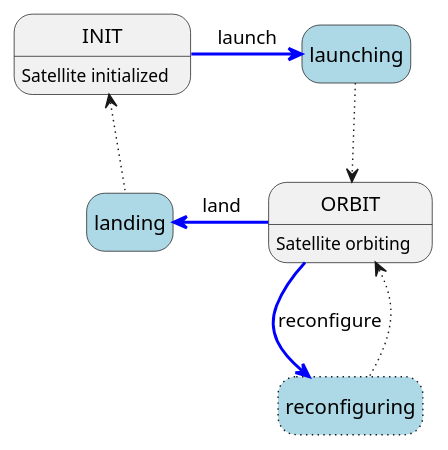
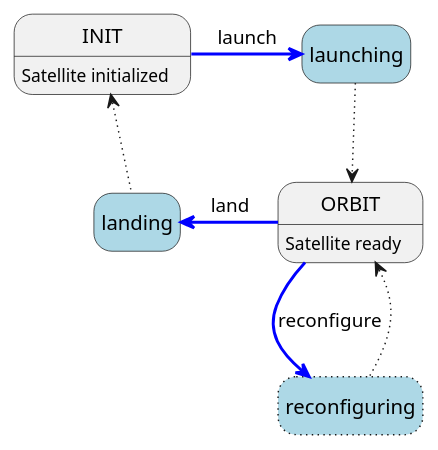
One commit to constellation-daq/Constellation changed the fourth of 4 diagrams in docs/operator_guide/concepts/satellite.md. Above: the diagram before and after it, drawn with PlantUML. The commit also changed other lines of this file and 2 other files, not shown here.

Commit message:
docs: ORBIT description satellite powered -> satellite ready

````diff
--- a/docs/operator_guide/concepts/satellite.md
+++ b/docs/operator_guide/concepts/satellite.md
@@ -192,19 +192,19 @@
 ```plantuml
 @startuml
 hide empty description
 
 State INIT : Satellite initialized
 State launching #lightblue
 State landing #lightblue
-State ORBIT : Satellite orbiting
+State ORBIT : Satellite ready
 State reconfiguring #lightblue##[dotted]
 
 INIT -right[#blue,bold]-> launching : launch
 launching -down[dotted]-> ORBIT
 ORBIT -left[#blue,bold]-> landing : land
 landing -up[dotted]-> INIT
 
 ORBIT -[#blue,bold]down-> reconfiguring : reconfigure
 reconfiguring -[dotted]up-> ORBIT
 @enduml
 ```
````
